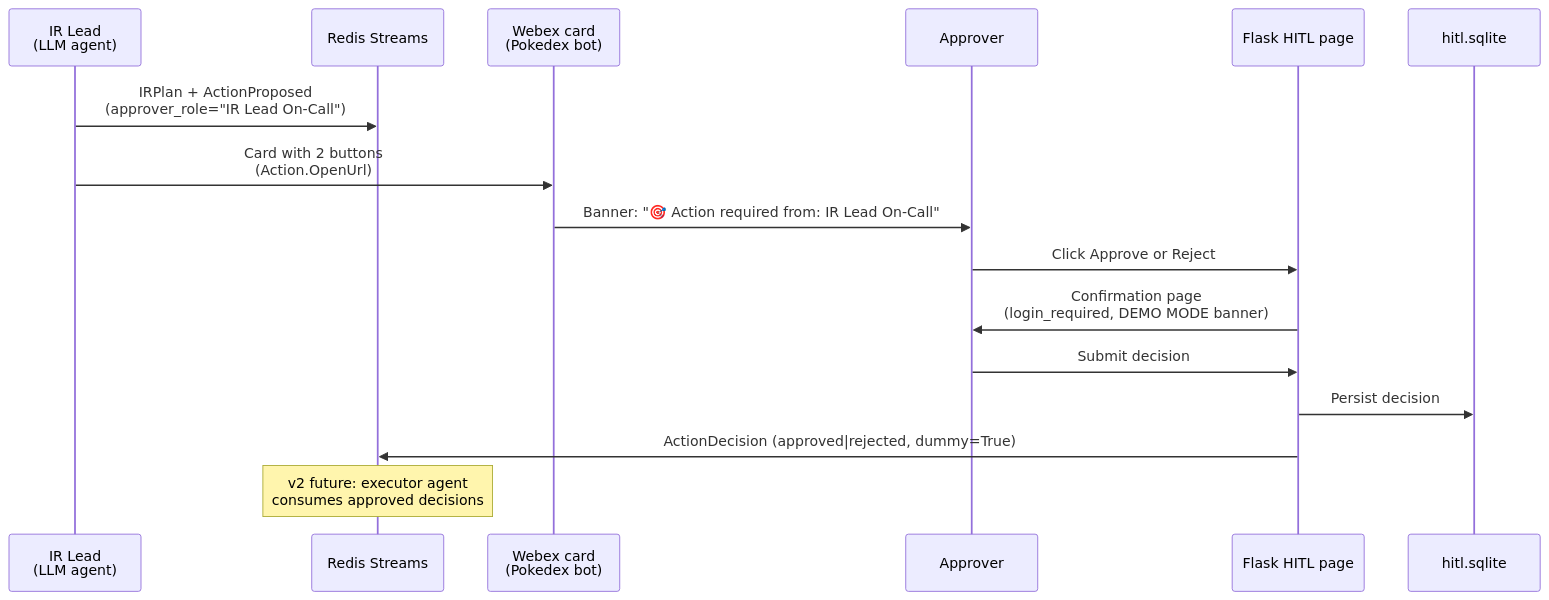
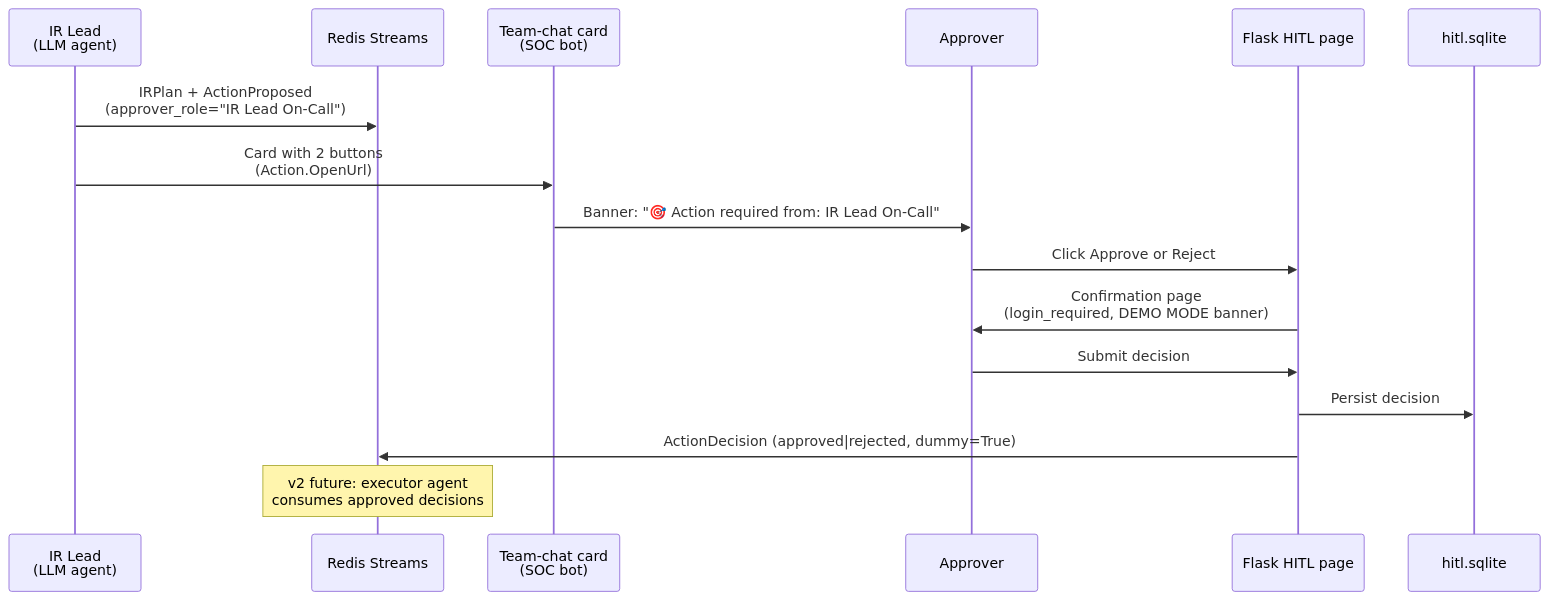
Before and after one commit to vinayvobbili/vinayvobbili.github.io: the second of 2 diagrams in _posts/2026-05-30-building-soc-in-a-box.md, drawn with Mermaid. The commit also changed other lines of this file and 11 other files, not shown here.

````diff
--- a/_posts/2026-05-30-building-soc-in-a-box.md
+++ b/_posts/2026-05-30-building-soc-in-a-box.md
@@ -151,19 +151,19 @@
 ```mermaid
 sequenceDiagram
     participant IR as IR Lead<br/>(LLM agent)
     participant Bus as Redis Streams
-    participant Webex as Webex card<br/>(Pokedex bot)
+    participant Chat as Team-chat card<br/>(SOC bot)
     participant Human as Approver
     participant Flask as Flask HITL page
     participant SQLite as hitl.sqlite
 
     IR->>Bus: IRPlan + ActionProposed<br/>(approver_role="IR Lead On-Call")
-    IR->>Webex: Card with 2 buttons<br/>(Action.OpenUrl)
-    Webex->>Human: Banner: "🎯 Action required from: IR Lead On-Call"
+    IR->>Chat: Card with 2 buttons<br/>(Action.OpenUrl)
+    Chat->>Human: Banner: "🎯 Action required from: IR Lead On-Call"
     Human->>Flask: Click Approve or Reject
     Flask->>Human: Confirmation page<br/>(login_required, DEMO MODE banner)
     Human->>Flask: Submit decision
     Flask->>SQLite: Persist decision
     Flask->>Bus: ActionDecision (approved|rejected, dummy=True)
     Note over Bus: v2 future: executor agent<br/>consumes approved decisions
 ```
````
